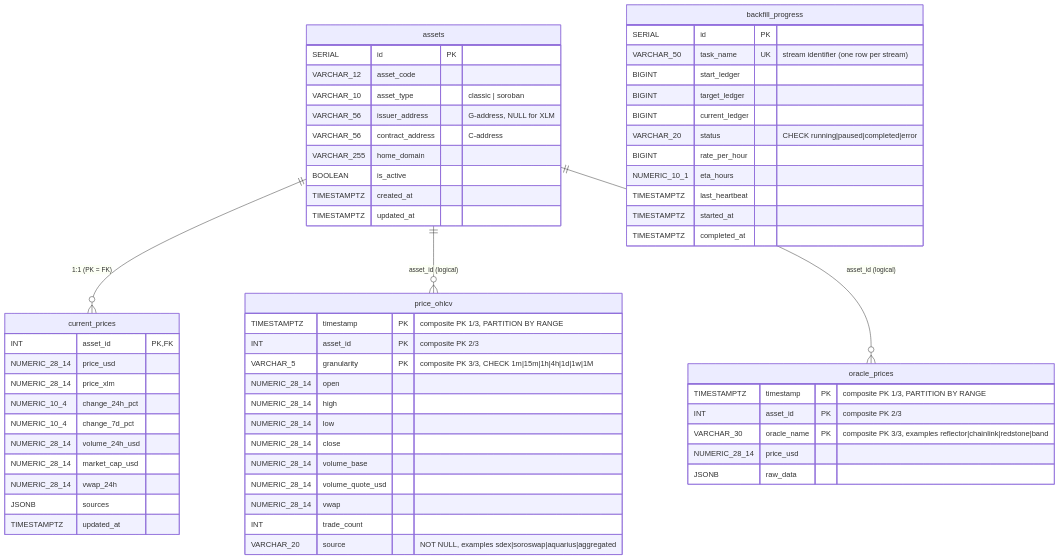
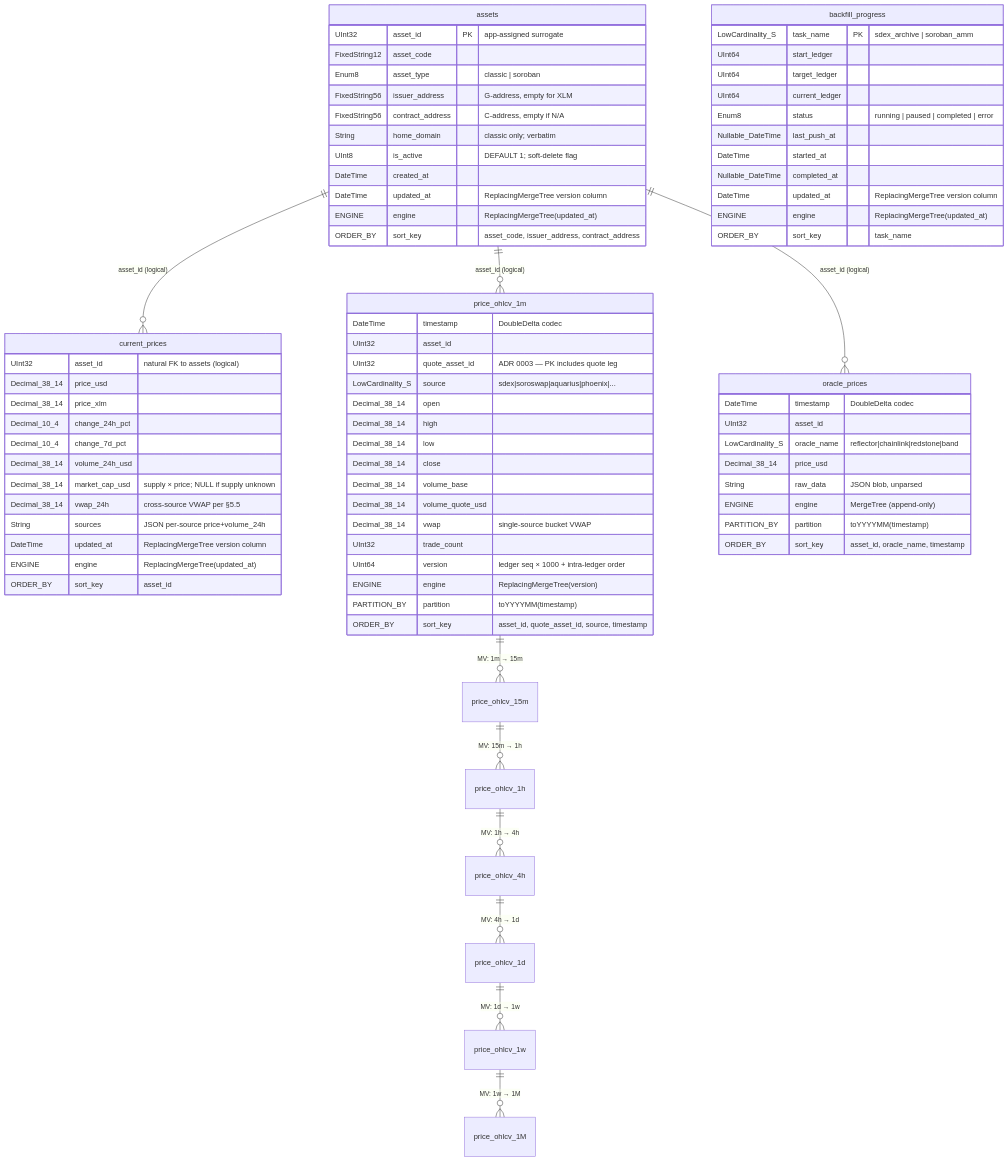
The third of 13 diagrams in docs/database-schema/database-schema-overview.md (rumblefishdev/stellar-prices-api), drawn with Mermaid before and after one commit. The commit also changed other lines of this file and 2 other files, not shown here.

First line of the commit message:
docs(lore-0049): rewrite database-schema/ for ADR 0007 (Hetzner CH)

````diff
--- a/docs/database-schema/database-schema-overview.md
+++ b/docs/database-schema/database-schema-overview.md
@@ -138,68 +190,85 @@
 ```mermaid
 erDiagram
-    assets ||--o{ current_prices : "1:1 (PK = FK)"
-    assets ||--o{ price_ohlcv    : "asset_id (logical)"
-    assets ||--o{ oracle_prices  : "asset_id (logical)"
+    assets ||--o{ current_prices  : "asset_id (logical)"
+    assets ||--o{ price_ohlcv_1m  : "asset_id (logical)"
+    assets ||--o{ oracle_prices   : "asset_id (logical)"
+    price_ohlcv_1m ||--o{ price_ohlcv_15m : "MV: 1m → 15m"
+    price_ohlcv_15m ||--o{ price_ohlcv_1h : "MV: 15m → 1h"
+    price_ohlcv_1h  ||--o{ price_ohlcv_4h : "MV: 1h → 4h"
+    price_ohlcv_4h  ||--o{ price_ohlcv_1d : "MV: 4h → 1d"
+    price_ohlcv_1d  ||--o{ price_ohlcv_1w : "MV: 1d → 1w"
+    price_ohlcv_1w  ||--o{ price_ohlcv_1M : "MV: 1w → 1M"
 
     assets {
-        SERIAL       id PK
-        VARCHAR_12   asset_code
-        VARCHAR_10   asset_type "classic | soroban"
-        VARCHAR_56   issuer_address "G-address, NULL for XLM"
-        VARCHAR_56   contract_address "C-address"
-        VARCHAR_255  home_domain
-        BOOLEAN      is_active
-        TIMESTAMPTZ  created_at
-        TIMESTAMPTZ  updated_at
+        UInt32         asset_id PK "app-assigned surrogate"
+        FixedString12  asset_code
+        Enum8          asset_type "classic | soroban"
+        FixedString56  issuer_address "G-address, empty for XLM"
+        FixedString56  contract_address "C-address, empty if N/A"
+        String         home_domain "classic only; verbatim"
+        UInt8          is_active "DEFAULT 1; soft-delete flag"
+        DateTime       created_at
+        DateTime       updated_at "ReplacingMergeTree version column"
+        ENGINE         engine "ReplacingMergeTree(updated_at)"
+        ORDER_BY       sort_key "asset_code, issuer_address, contract_address"
     }
 
-    price_ohlcv {
-        TIMESTAMPTZ     timestamp PK "composite PK 1/3, PARTITION BY RANGE"
-        INT             asset_id PK "composite PK 2/3"
-        VARCHAR_5       granularity PK "composite PK 3/3, CHECK 1m|15m|1h|4h|1d|1w|1M"
-        NUMERIC_28_14   open
-        NUMERIC_28_14   high
-        NUMERIC_28_14   low
-        NUMERIC_28_14   close
-        NUMERIC_28_14   volume_base
-        NUMERIC_28_14   volume_quote_usd
-        NUMERIC_28_14   vwap
-        INT             trade_count
-        VARCHAR_20      source "NOT NULL, examples sdex|soroswap|aquarius|aggregated"
+    price_ohlcv_1m {
+        DateTime           timestamp "DoubleDelta codec"
+        UInt32             asset_id
+        UInt32             quote_asset_id "ADR 0003 — PK includes quote leg"
+        LowCardinality_S   source "sdex|soroswap|aquarius|phoenix|..."
+        Decimal_38_14      open
+        Decimal_38_14      high
+        Decimal_38_14      low
+        Decimal_38_14      close
+        Decimal_38_14      volume_base
+        Decimal_38_14      volume_quote_usd
+        Decimal_38_14      vwap "single-source bucket VWAP"
+        UInt32             trade_count
+        UInt64             version "ledger seq × 1000 + intra-ledger order"
+        ENGINE             engine "ReplacingMergeTree(version)"
+        PARTITION_BY       partition "toYYYYMM(timestamp)"
+        ORDER_BY           sort_key "asset_id, quote_asset_id, source, timestamp"
     }
 
     current_prices {
-        INT             asset_id PK,FK
-        NUMERIC_28_14   price_usd
-        NUMERIC_28_14   price_xlm
-        NUMERIC_10_4    change_24h_pct
-        NUMERIC_10_4    change_7d_pct
-        NUMERIC_28_14   volume_24h_usd
-        NUMERIC_28_14   market_cap_usd
-        NUMERIC_28_14   vwap_24h
-        JSONB           sources
-        TIMESTAMPTZ     updated_at
+        UInt32             asset_id "natural FK to assets (logical)"
+        Decimal_38_14      price_usd
+        Decimal_38_14      price_xlm
+        Decimal_10_4       change_24h_pct
+        Decimal_10_4       change_7d_pct
+        Decimal_38_14      volume_24h_usd
+        Decimal_38_14      market_cap_usd "supply × price; NULL if supply unknown"
+        Decimal_38_14      vwap_24h "cross-source VWAP per §5.5"
+        String             sources "JSON per-source price+volume_24h"
+        DateTime           updated_at "ReplacingMergeTree version column"
+        ENGINE             engine "ReplacingMergeTree(updated_at)"
+        ORDER_BY           sort_key "asset_id"
     }
 
     oracle_prices {
-        TIMESTAMPTZ     timestamp PK "composite PK 1/3, PARTITION BY RANGE"
-        INT             asset_id PK "composite PK 2/3"
-        VARCHAR_30      oracle_name PK "composite PK 3/3, examples reflector|chainlink|redstone|band"
-        NUMERIC_28_14   price_usd
-        JSONB           raw_data
+        DateTime           timestamp "DoubleDelta codec"
+        UInt32             asset_id
+        LowCardinality_S   oracle_name "reflector|chainlink|redstone|band"
+        Decimal_38_14      price_usd
+        String             raw_data "JSON blob, unparsed"
+        ENGINE             engine "MergeTree (append-only)"
+        PARTITION_BY       partition "toYYYYMM(timestamp)"
+        ORDER_BY           sort_key "asset_id, oracle_name, timestamp"
     }
 
     backfill_progress {
-        SERIAL       id PK
-        VARCHAR_50   task_name UK "stream identifier (one row per stream)"
-        BIGINT       start_ledger
-        BIGINT       target_ledger
-        BIGINT       current_ledger
-        VARCHAR_20   status "CHECK running|paused|completed|error"
-        BIGINT       rate_per_hour
-        NUMERIC_10_1 eta_hours
-        TIMESTAMPTZ  last_heartbeat
-        TIMESTAMPTZ  started_at
-        TIMESTAMPTZ  completed_at
+        LowCardinality_S   task_name PK "sdex_archive | soroban_amm"
+        UInt64             start_ledger
+        UInt64             target_ledger
+        UInt64             current_ledger
+        Enum8              status "running | paused | completed | error"
+        Nullable_DateTime  last_push_at
+        DateTime           started_at
+        Nullable_DateTime  completed_at
+        DateTime           updated_at "ReplacingMergeTree version column"
+        ENGINE             engine "ReplacingMergeTree(updated_at)"
+        ORDER_BY           sort_key "task_name"
     }
 ```
````
